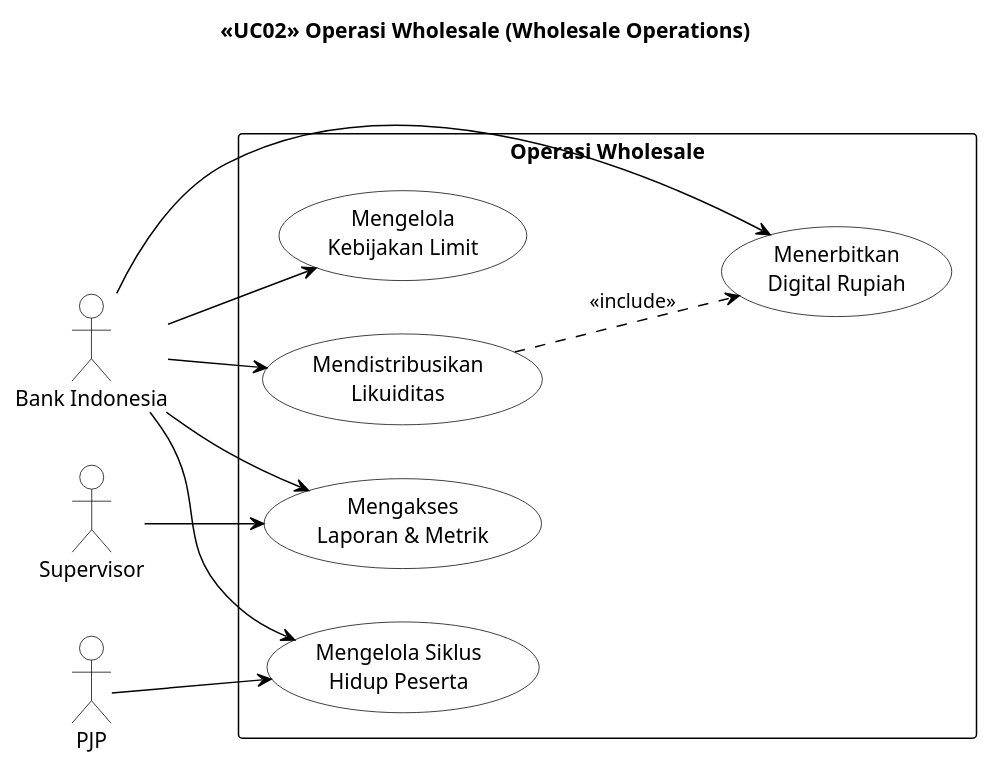
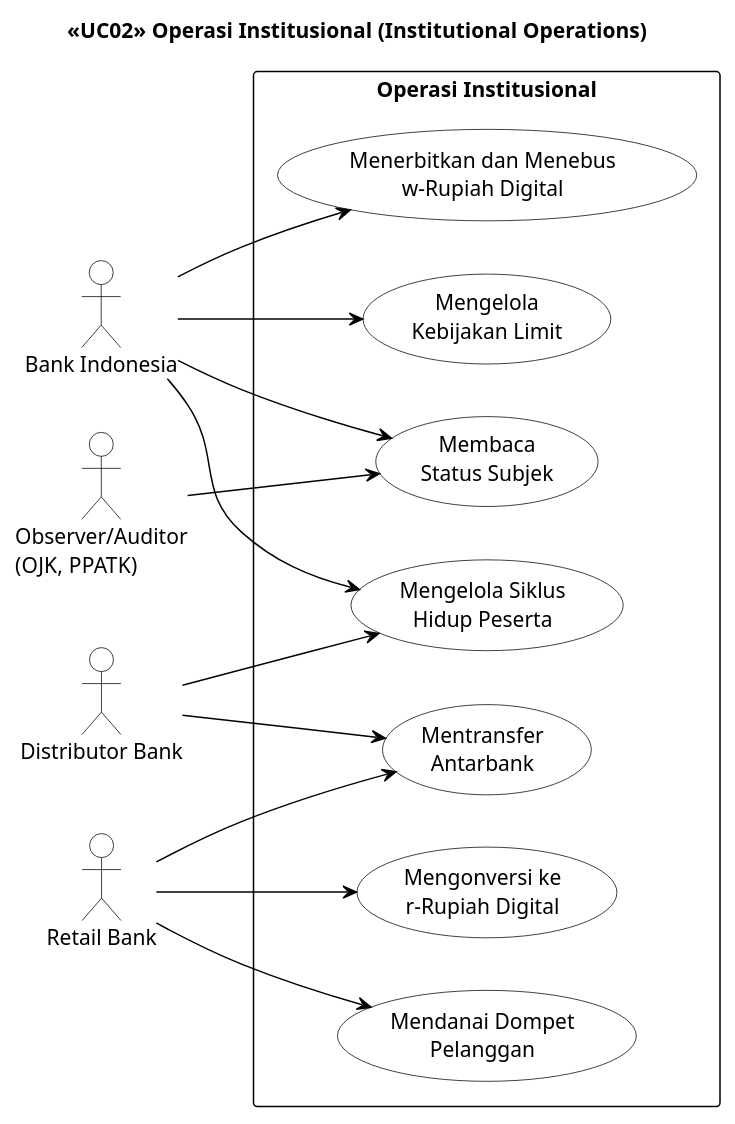
Before and after one commit to mfachrizalg/bi-coin: the second of 3 diagrams in bi-coin-fabric/docs/diagrams/plantuml/use-case-diagrams.puml, drawn with PlantUML. The commit also changed other lines of this file and 364 other files, not shown here.

```diff
--- a/bi-coin-fabric/docs/diagrams/plantuml/use-case-diagrams.puml
+++ b/bi-coin-fabric/docs/diagrams/plantuml/use-case-diagrams.puml
@@ -50,36 +56,40 @@
 @startuml
 skinparam monochrome true
 left to right direction
 skinparam packageBorderColor black
 skinparam packageBackgroundColor none
 skinparam usecaseBorderColor black
 skinparam usecaseBackgroundColor white
 skinparam actorBorderColor black
 skinparam actorBackgroundColor white
 skinparam arrowColor black
 
-title <<UC02>> Operasi Wholesale (Wholesale Operations)
+title <<UC02>> Operasi Institusional (Institutional Operations)
 
 actor "Bank Indonesia" as BI
-actor "PJP" as PJP
-actor "Supervisor" as SV
+actor "Distributor Bank" as DB
+actor "Retail Bank" as RB
+actor "Observer/Auditor\n(OJK, PPATK)" as OBS
 
-rectangle "Operasi Wholesale" {
-  usecase "Menerbitkan\nDigital Rupiah" as UC1
-  usecase "Mendistribusikan\nLikuiditas" as UC2
+rectangle "Operasi Institusional" {
+  usecase "Menerbitkan dan Menebus\nw-Rupiah Digital" as UC1
+  usecase "Mentransfer\nAntarbank" as UC2
   usecase "Mengelola Siklus\nHidup Peserta" as UC3
   usecase "Mengelola\nKebijakan Limit" as UC4
-  usecase "Mengakses\nLaporan & Metrik" as UC6
+  usecase "Membaca\nStatus Subjek" as UC6
+  usecase "Mengonversi ke\nr-Rupiah Digital" as UC7
+  usecase "Mendanai Dompet\nPelanggan" as UC8
 }
 
 BI --> UC1
 BI --> UC3
 BI --> UC4
 BI --> UC6
-BI --> UC2
-PJP --> UC3
-SV --> UC6
-
-UC2 ..> UC1 : <<include>>
+DB --> UC2
+DB --> UC3
+RB --> UC2
+RB --> UC7
+RB --> UC8
+OBS --> UC6
 
 @enduml
```
